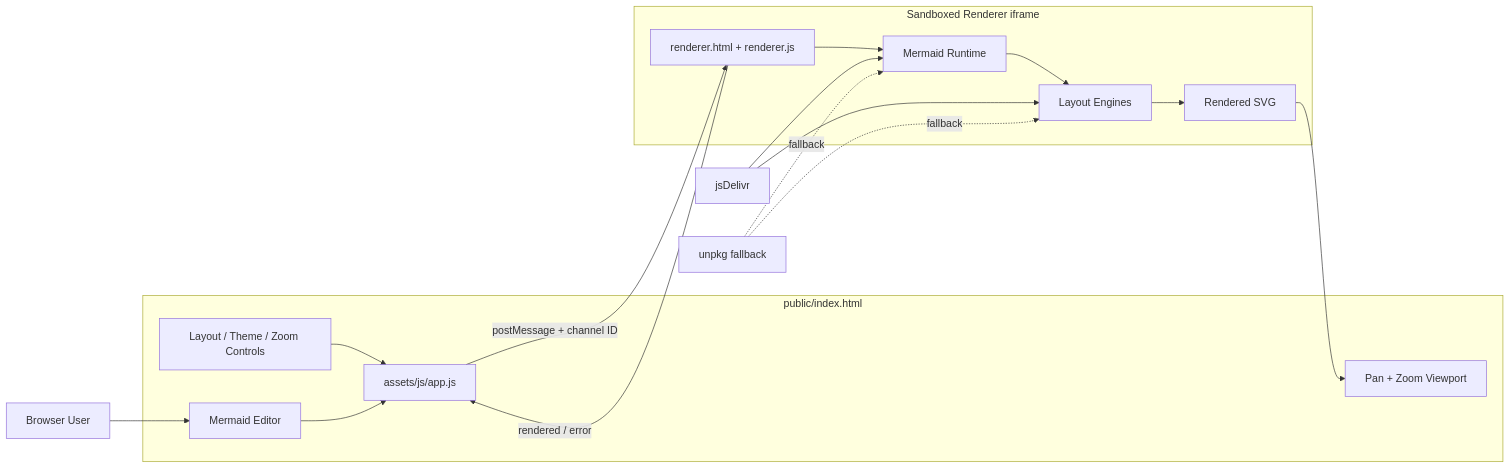
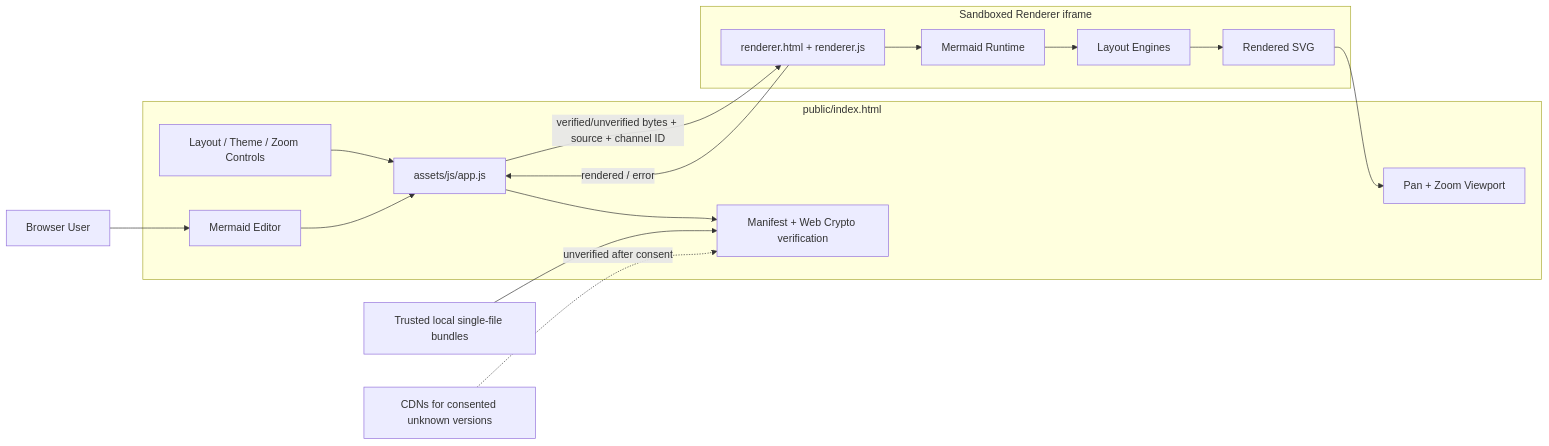
Before and after one commit to safesploitOrg/mermaid-viewer: the first of 3 diagrams in ARCHITECTURE.md, drawn with Mermaid. The commit also changed other lines of this file and 24 other files, not shown here.

````diff
--- a/ARCHITECTURE.md
+++ b/ARCHITECTURE.md
@@ -18,36 +18,36 @@
 ```mermaid
 flowchart LR
     USER[Browser User]
 
     subgraph PARENT[public/index.html]
         EDITOR[Mermaid Editor]
         CONTROLS[Layout / Theme / Zoom Controls]
+        INTEGRITY[Manifest + Web Crypto verification]
         VIEWPORT[Pan + Zoom Viewport]
         APP[assets/js/app.js]
     end
 
     subgraph SANDBOX[Sandboxed Renderer iframe]
         RENDERER[renderer.html + renderer.js]
         MERMAID[Mermaid Runtime]
         LAYOUTS[Layout Engines]
         SVG[Rendered SVG]
     end
 
-    CDN1[jsDelivr]
-    CDN2[unpkg fallback]
+    LOCAL[Trusted local single-file bundles]
+    CDN[CDNs for consented unknown versions]
 
     USER --> EDITOR
     CONTROLS --> APP
     EDITOR --> APP
-    APP -->|postMessage + channel ID| RENDERER
+    APP --> INTEGRITY
+    LOCAL --> INTEGRITY
+    CDN -. unverified after consent .-> INTEGRITY
+    APP -->|verified/unverified bytes + source + channel ID| RENDERER
     RENDERER --> MERMAID
     MERMAID --> LAYOUTS
     LAYOUTS --> SVG
     SVG --> VIEWPORT
     RENDERER -->|rendered / error| APP
 
-    CDN1 --> MERMAID
-    CDN1 --> LAYOUTS
-    CDN2 -. fallback .-> MERMAID
-    CDN2 -. fallback .-> LAYOUTS
 ```
````
